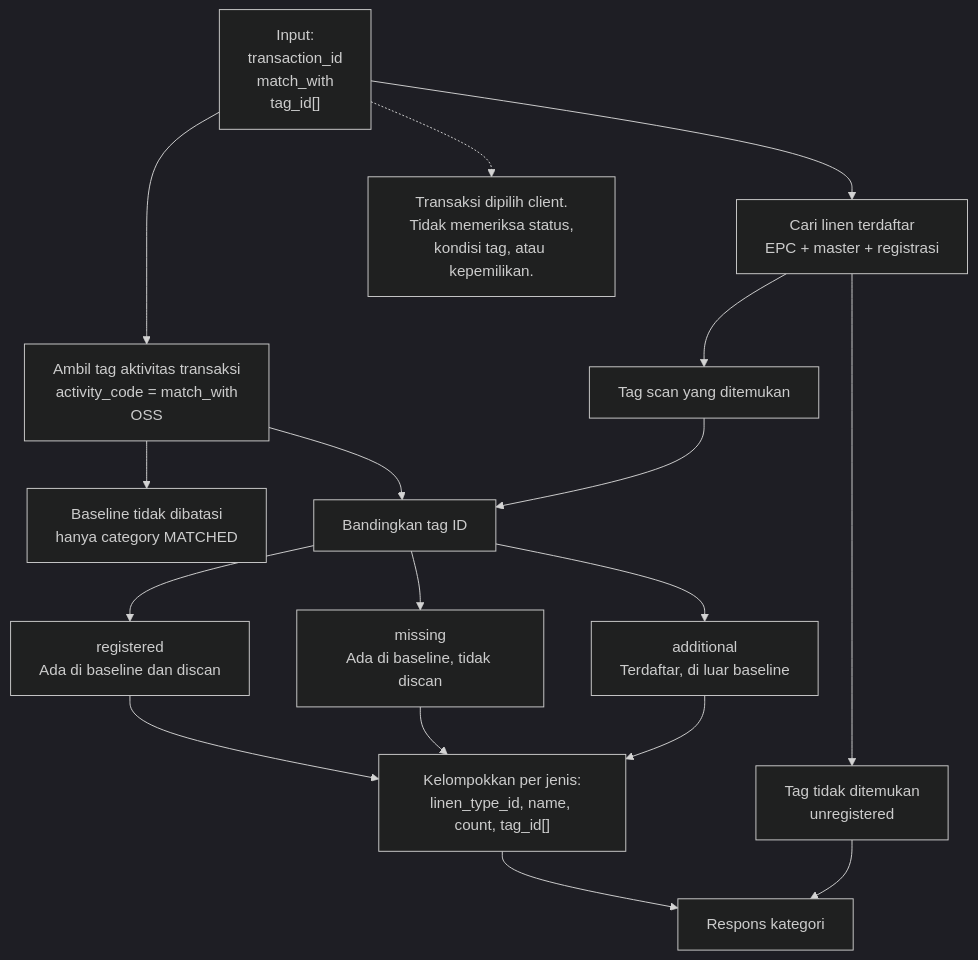
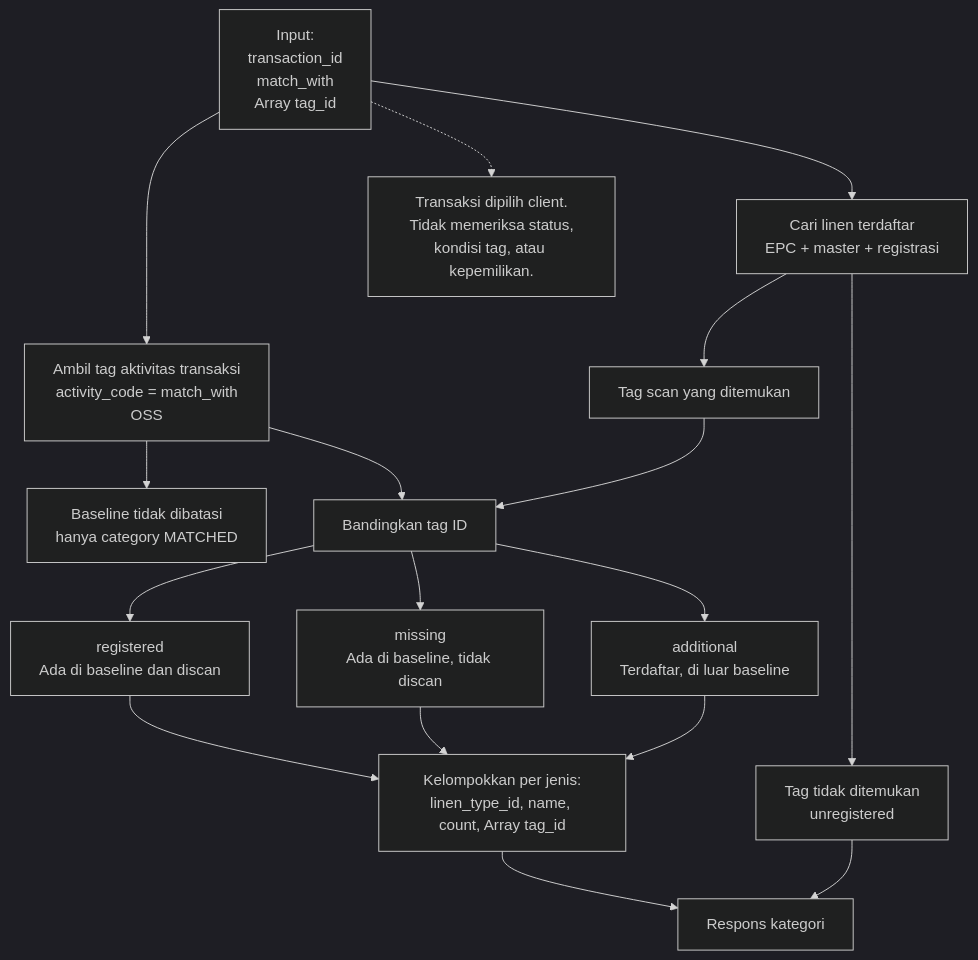
Before and after one commit to bagaskrmn/bac-flow-laundry: the first of 2 diagrams in laundry-activities/driver-pickup-soil.md, drawn with Mermaid (dark theme). The commit also changed other lines of this file, not shown here.

````diff
--- a/laundry-activities/driver-pickup-soil.md
+++ b/laundry-activities/driver-pickup-soil.md
@@ -3,25 +3,25 @@
 ```mermaid
 flowchart TD
-    IN["Input:<br/>transaction_id<br/>match_with<br/>tag_id[]"]
+    N_IN["Input:<br/>transaction_id<br/>match_with<br/>Array tag_id"]
 
-    IN --> MASTER["Cari linen terdaftar<br/>EPC + master + registrasi"]
-    MASTER --> REGISTERED["Tag scan yang ditemukan"]
-    MASTER --> UNREG["Tag tidak ditemukan<br/>unregistered"]
+    N_IN --> N_MASTER["Cari linen terdaftar<br/>EPC + master + registrasi"]
+    N_MASTER --> N_REGISTERED["Tag scan yang ditemukan"]
+    N_MASTER --> N_UNREG["Tag tidak ditemukan<br/>unregistered"]
 
-    IN --> BASE["Ambil tag aktivitas transaksi<br/>activity_code = match_with<br/>OSS"]
-    BASE --> NOTE["Baseline tidak dibatasi<br/>hanya category MATCHED"]
-    BASE --> COMP["Bandingkan tag ID"]
-    REGISTERED --> COMP
+    N_IN --> N_BASE["Ambil tag aktivitas transaksi<br/>activity_code = match_with<br/>OSS"]
+    N_BASE --> N_NOTE["Baseline tidak dibatasi<br/>hanya category MATCHED"]
+    N_BASE --> N_COMP["Bandingkan tag ID"]
+    N_REGISTERED --> N_COMP
 
-    COMP --> MATCH["registered<br/>Ada di baseline dan discan"]
-    COMP --> MISS["missing<br/>Ada di baseline, tidak discan"]
-    COMP --> ADD["additional<br/>Terdaftar, di luar baseline"]
+    N_COMP --> N_MATCH["registered<br/>Ada di baseline dan discan"]
+    N_COMP --> N_MISS["missing<br/>Ada di baseline, tidak discan"]
+    N_COMP --> N_ADD["additional<br/>Terdaftar, di luar baseline"]
 
-    MATCH --> GROUP["Kelompokkan per jenis:<br/>linen_type_id, name, count, tag_id[]"]
-    MISS --> GROUP
-    ADD --> GROUP
-    GROUP --> RES["Respons kategori"]
-    UNREG --> RES
+    N_MATCH --> N_GROUP["Kelompokkan per jenis:<br/>linen_type_id, name, count, Array tag_id"]
+    N_MISS --> N_GROUP
+    N_ADD --> N_GROUP
+    N_GROUP --> N_RES["Respons kategori"]
+    N_UNREG --> N_RES
 
-    IN -.-> RULE["Transaksi dipilih client.<br/>Tidak memeriksa status,<br/>kondisi tag, atau kepemilikan."]
+    N_IN -.-> N_RULE["Transaksi dipilih client.<br/>Tidak memeriksa status,<br/>kondisi tag, atau kepemilikan."]
 ```
````
